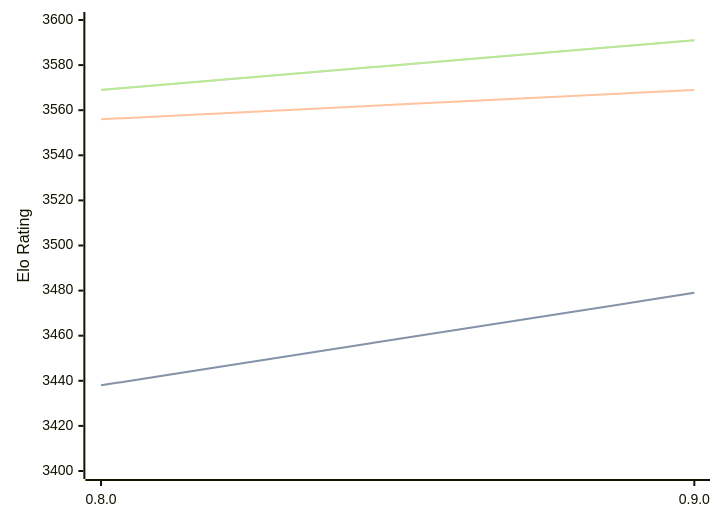
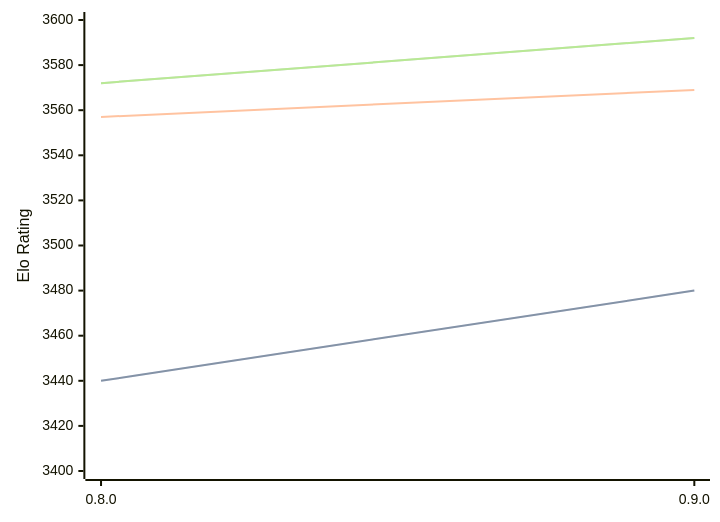
The diagram in engines/Reckless.md (computer-chess-index/cci), drawn with Mermaid before and after one commit. The commit also changed other lines of this file, not shown here.

Commit message:
Update CCI Ratings (ELO VLTC) - 2026-08-22

````diff
--- a/engines/Reckless.md
+++ b/engines/Reckless.md
@@ -32,11 +32,11 @@
 ```mermaid
 %%{init: {"theme":"base","themeVariables":{"seriesColors:['#a3a3a3','#222221','#faa371']}}}%%
 xychart-beta
   x-axis ["0.8.0", "0.9.0"]
   y-axis "Elo Rating" 3400 --> 3600
-  line "STC (8.0+0.08s)" [3438, 3479]
-  line "STC (8.0+0.08s)" [3438, 3479]
-  line "LTC (60.0+0.60s)" [3556, 3569]
-  line "VLTC (2m24s+1.12s)" [3569, 3591]
-  line "VLTC (2m24s+1.12s)" [3569, 3591]
+  line "STC (8.0+0.08s)" [3440, 3480]
+  line "STC (8.0+0.08s)" [3440, 3480]
+  line "LTC (60.0+0.60s)" [3557, 3569]
+  line "VLTC (2m24s+1.12s)" [3572, 3592]
+  line "VLTC (2m24s+1.12s)" [3572, 3592]
 ```
````
